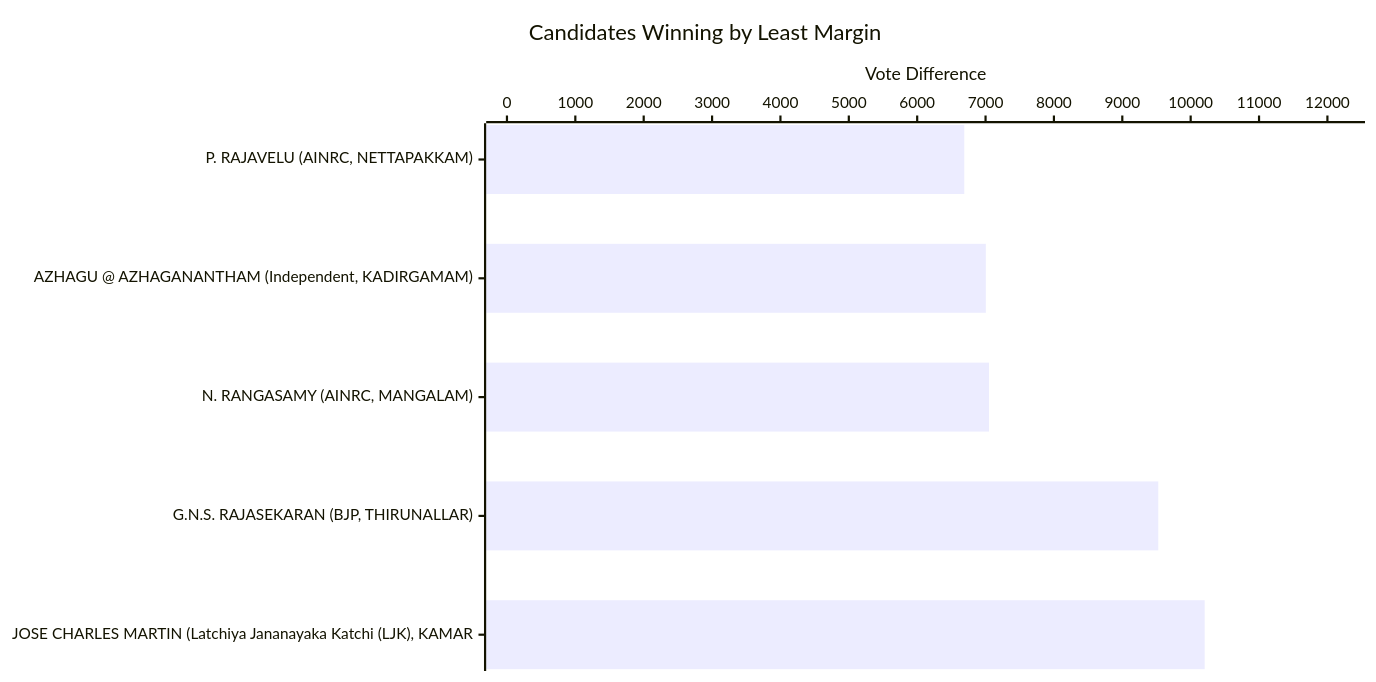
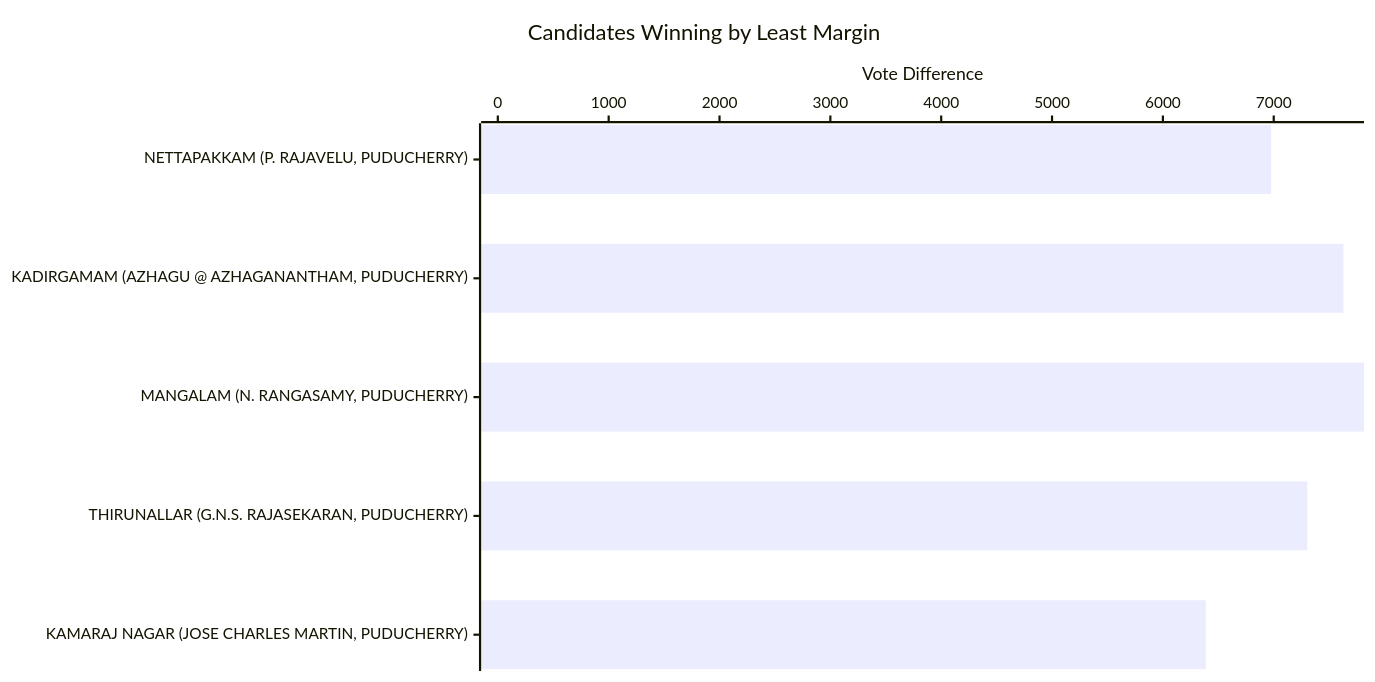
The sixth of 23 diagrams in result/PUDUCHERRY/Puducherry-GRAPH.md (arjunswaj/elections), drawn with Mermaid before and after one commit. The commit also changed other lines of this file and 64 other files, not shown here.

````diff
--- a/result/PUDUCHERRY/Puducherry-GRAPH.md
+++ b/result/PUDUCHERRY/Puducherry-GRAPH.md
@@ -157,17 +158,17 @@
 ```mermaid
 ---
 config:
   xyChart:
     width: 1200
     height: 600
     chartOrientation: horizontal
   dataLabels:
     enabled: true
     placement: end
 ---
 xychart-beta
 title "Candidates Winning by Least Margin"
-x-axis ["P. RAJAVELU (AINRC, NETTAPAKKAM)", "AZHAGU @ AZHAGANANTHAM (Independent, KADIRGAMAM)", "N. RANGASAMY (AINRC, MANGALAM)", "G.N.S. RAJASEKARAN (BJP, THIRUNALLAR)", "JOSE CHARLES MARTIN (Latchiya Jananayaka Katchi (LJK), KAMAR"]
-y-axis "Vote Difference" 0 --> 12246
-bar [6689, 7004, 7050, 9526, 10205]
+x-axis ["NETTAPAKKAM (P. RAJAVELU, PUDUCHERRY)", "KADIRGAMAM (AZHAGU @ AZHAGANANTHAM, PUDUCHERRY)", "MANGALAM (N. RANGASAMY, PUDUCHERRY)", "THIRUNALLAR (G.N.S. RAJASEKARAN, PUDUCHERRY)", "KAMARAJ NAGAR (JOSE CHARLES MARTIN, PUDUCHERRY)"]
+y-axis "Vote Difference" 0 --> 7664
+bar [6976, 7629, 10867, 7303, 6387]
 ```
````
